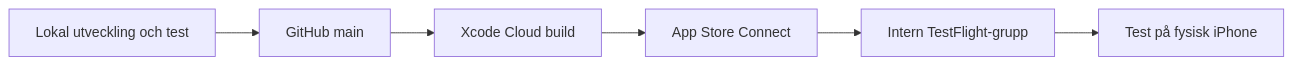
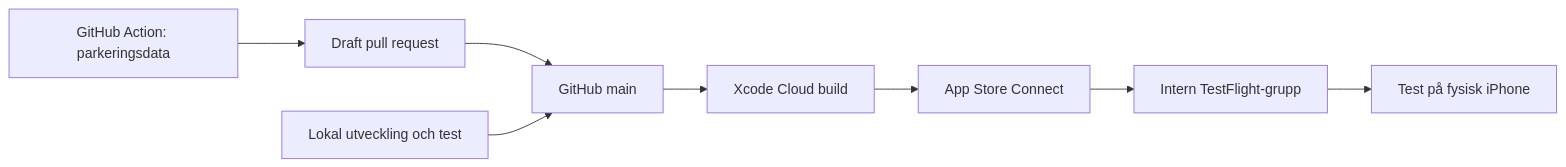
The diagram in docs/ci-cd.md (MokanGit/MCParkering), drawn with Mermaid before and after one commit. The commit also changed other lines of this file and 14 other files, not shown here.

````diff
--- a/docs/ci-cd.md
+++ b/docs/ci-cd.md
@@ -7,8 +7,10 @@
 ```mermaid
 flowchart LR
+    DATA[GitHub Action: parkeringsdata] --> PR[Draft pull request]
+    PR --> GH
     DEV[Lokal utveckling och test] --> GH[GitHub main]
     GH --> XC[Xcode Cloud build]
     XC --> ASC[App Store Connect]
     ASC --> TF[Intern TestFlight-grupp]
     TF --> DEVICE[Test på fysisk iPhone]
 ```
````
